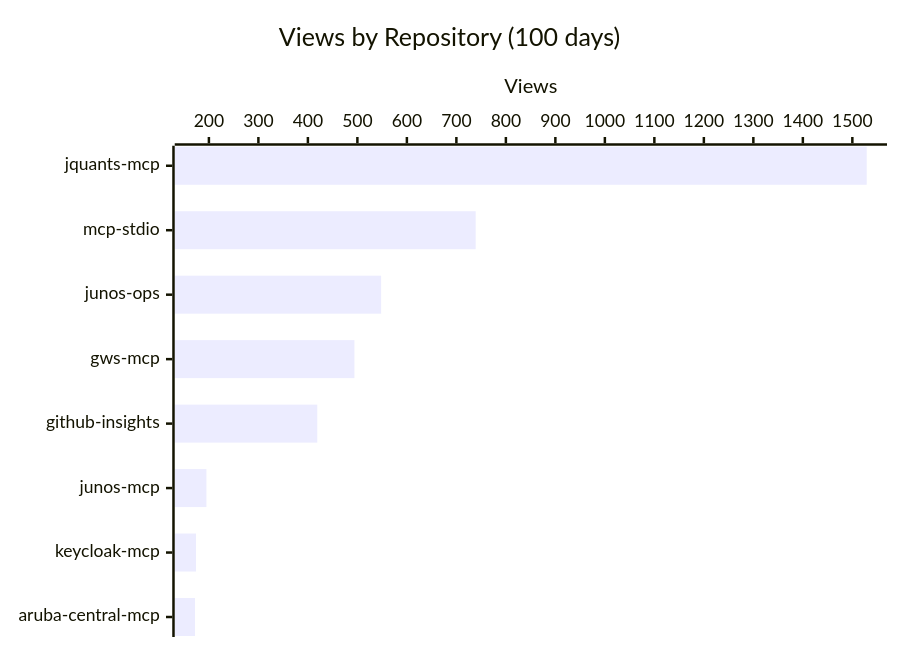
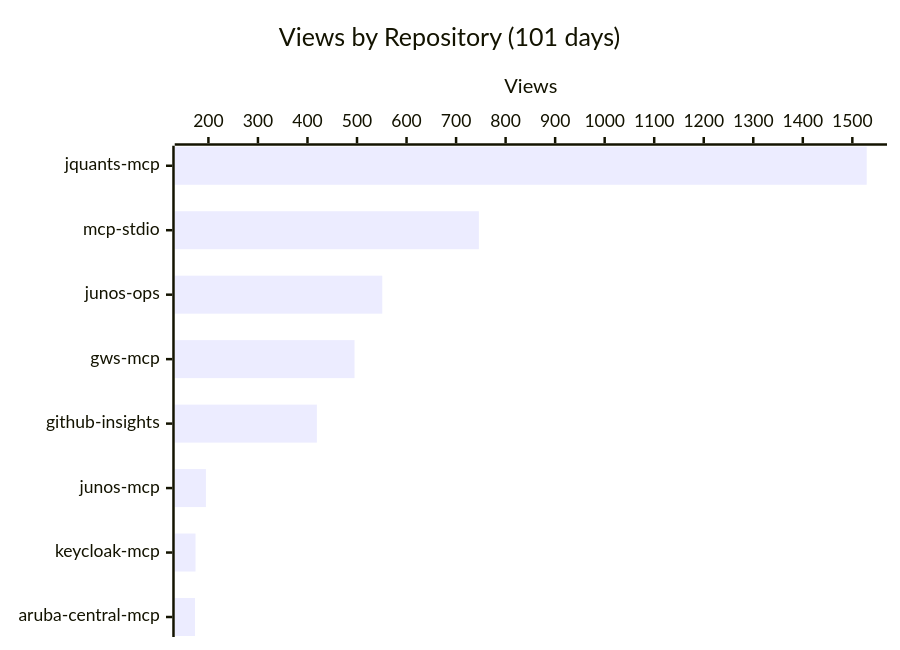
One commit to shigechika/github-insights changed the first of 3 diagrams in README.md. Above: the diagram before and after it, drawn with Mermaid. The commit also changed other lines of this file and 2 other files, not shown here.

````diff
--- a/README.md
+++ b/README.md
@@ -18,7 +18,7 @@
 ```mermaid
 xychart-beta horizontal
-    title "Views by Repository (100 days)"
+    title "Views by Repository (101 days)"
     x-axis ["jquants-mcp", "mcp-stdio", "junos-ops", "gws-mcp", "github-insights", "junos-mcp", "keycloak-mcp", "aruba-central-mcp"]
     y-axis "Views"
-    bar [1529, 739, 548, 494, 419, 195, 174, 172]
+    bar [1529, 746, 551, 495, 419, 195, 174, 173]
 ```
````
